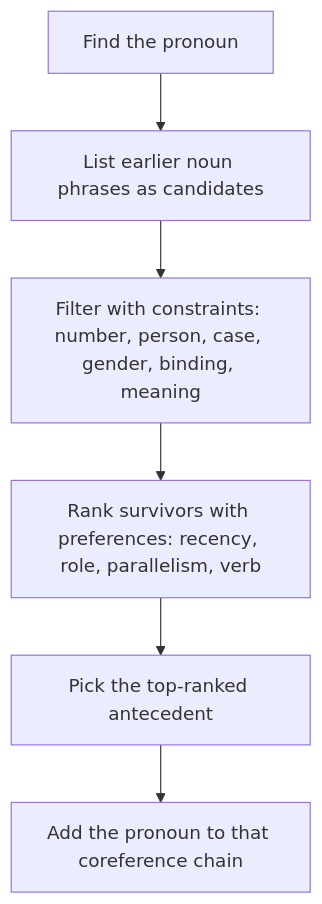
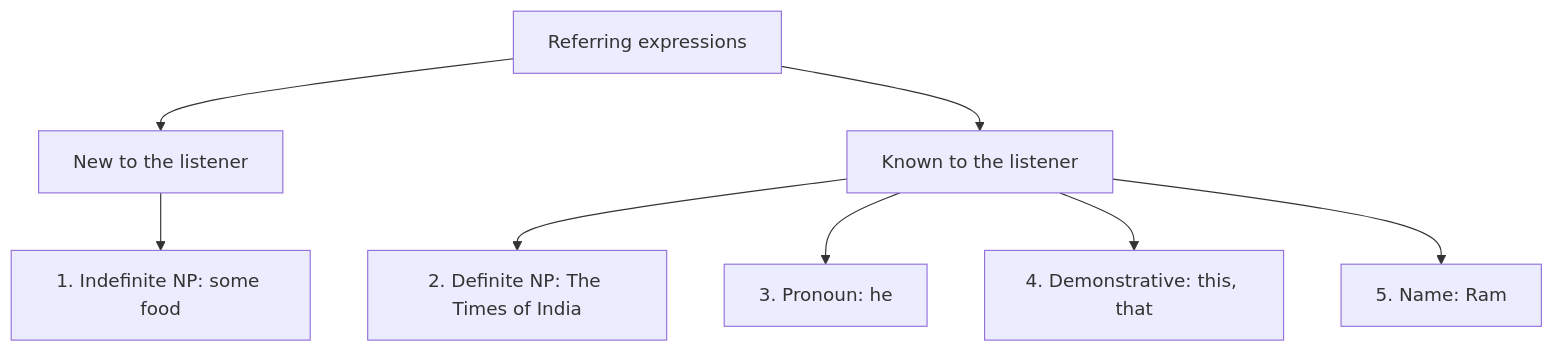
The third of 3 diagrams in content/natural-language-processing/notes/discourse-reference.mdx (TrendySloth1001/sem-seven-notes), drawn with Mermaid before and after one commit. The commit also changed other lines of this file and 406 other files, not shown here.

````diff
--- a/content/natural-language-processing/notes/discourse-reference.mdx
+++ b/content/natural-language-processing/notes/discourse-reference.mdx
@@ -219,9 +102,11 @@
 ```mermaid
-%% caption: The pronoun-resolution pipeline. Constraints delete impossible candidates; preferences rank the survivors; the top one is chosen. This is the common idea behind Hobbs-style and salience-based methods and the mention-pair classifier.
+%% caption: The five referring expressions, grouped by what the listener already knows.
 flowchart TD
-  A["Find the pronoun"] --> B["List earlier noun phrases as candidates"]
-  B --> C["Filter with constraints: number, person, case, gender, binding, meaning"]
-  C --> D["Rank survivors with preferences: recency, role, parallelism, verb"]
-  D --> E["Pick the top-ranked antecedent"]
-  E --> F["Add the pronoun to that coreference chain"]
+  R["Referring expressions"] --> N["New to the listener"]
+  R --> K["Known to the listener"]
+  N --> I["1. Indefinite NP: some food"]
+  K --> D["2. Definite NP: The Times of India"]
+  K --> P["3. Pronoun: he"]
+  K --> M["4. Demonstrative: this, that"]
+  K --> Z["5. Name: Ram"]
 ```
````
